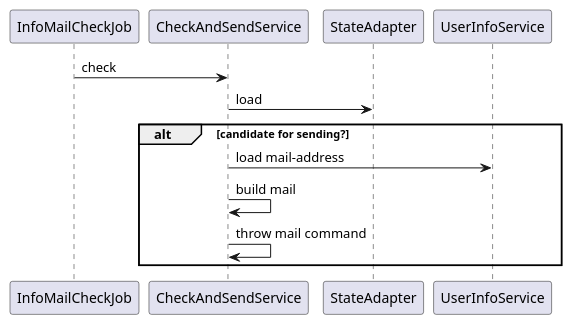
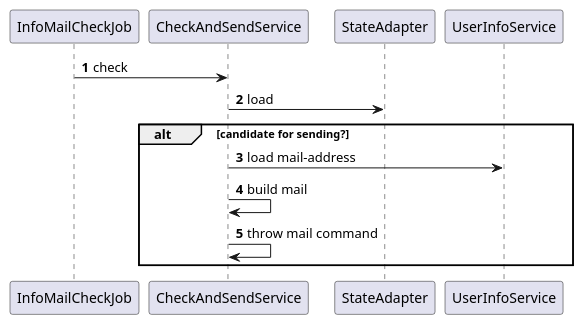
One commit to dancier/documentation changed the fourth of 7 diagrams in src/main/jbake/content/documentation/arc42/src/06_runtime_view.adoc. Above: the diagram before and after it, drawn with PlantUML. The commit also changed other lines of this file, not shown here.

```diff
--- a/src/main/jbake/content/documentation/arc42/src/06_runtime_view.adoc
+++ b/src/main/jbake/content/documentation/arc42/src/06_runtime_view.adoc
@@ -98,21 +98,23 @@
 [plantuml, check-and-send, svg]
 ....
 @startuml
+
+autonumber
 
 participant InfoMailCheckJob
 participant CheckAndSendService
 participant StateAdapter
 participant UserInfoService
 
 InfoMailCheckJob -> CheckAndSendService: check
 CheckAndSendService -> StateAdapter: load
 
 alt candidate for sending?
 CheckAndSendService -> UserInfoService: load mail-address
 CheckAndSendService -> CheckAndSendService: build mail
 CheckAndSendService -> CheckAndSendService: throw mail command
 end
 
 
 @enduml
 ....
```
